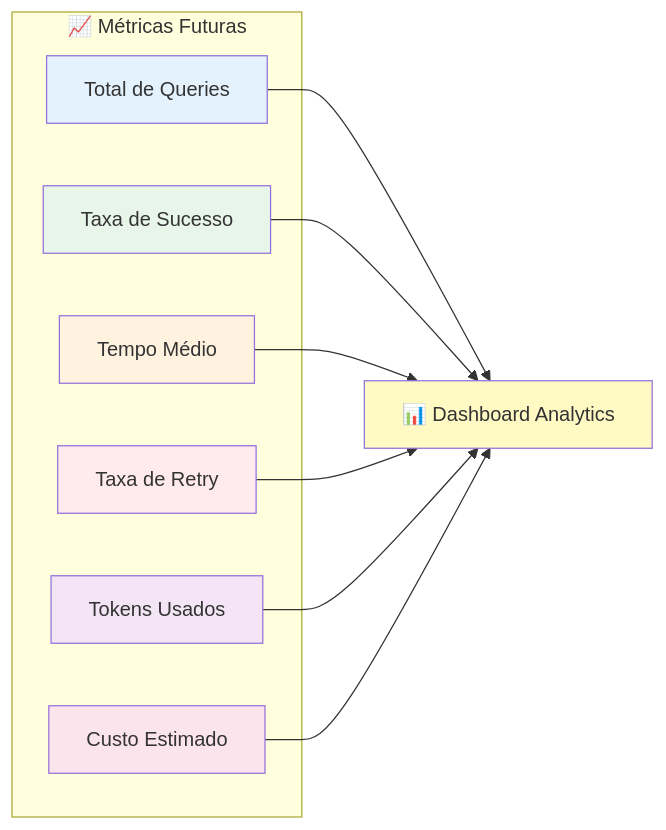
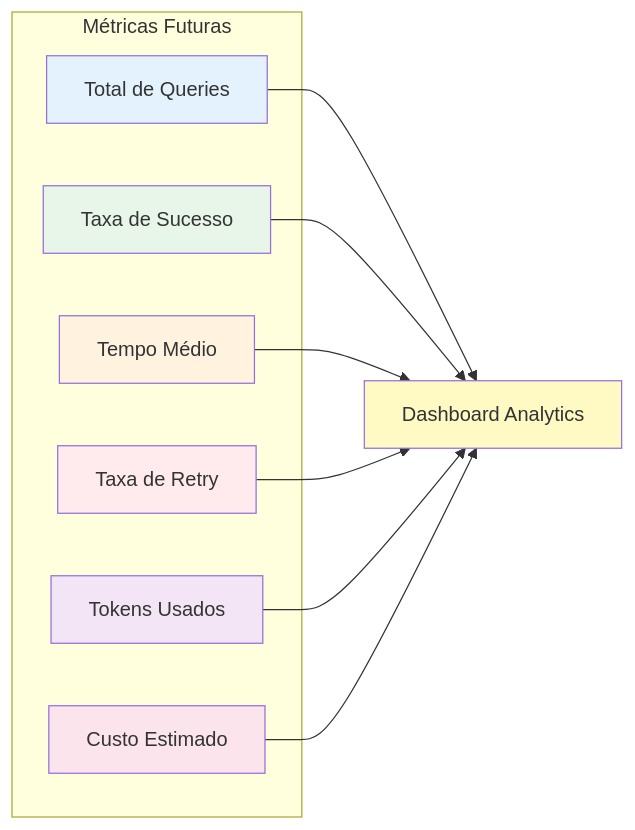
The tenth of 11 diagrams in ARCHITECTURE.md (Nik0o0lps/DataDialogue), drawn with Mermaid before and after one commit. The commit also changed other lines of this file and 1 other file, not shown here.

First line of the commit message:
refactor: Remove todos os emojis dos diagramas e documentação

````diff
--- a/ARCHITECTURE.md
+++ b/ARCHITECTURE.md
@@ -541,28 +541,28 @@
 ```mermaid
 graph LR
-    subgraph "📈 Métricas Futuras"
+    subgraph "Métricas Futuras"
         M1[Total de Queries]
         M2[Taxa de Sucesso]
         M3[Tempo Médio]
         M4[Taxa de Retry]
         M5[Tokens Usados]
         M6[Custo Estimado]
     end
     
     M1 --> Dashboard
     M2 --> Dashboard
     M3 --> Dashboard
     M4 --> Dashboard
     M5 --> Dashboard
     M6 --> Dashboard
     
-    Dashboard[📊 Dashboard Analytics]
+    Dashboard[Dashboard Analytics]
     
     style M1 fill:#e3f2fd
     style M2 fill:#e8f5e9
     style M3 fill:#fff3e0
     style M4 fill:#ffebee
     style M5 fill:#f3e5f5
     style M6 fill:#fce4ec
     style Dashboard fill:#fff9c4
 ```
````
